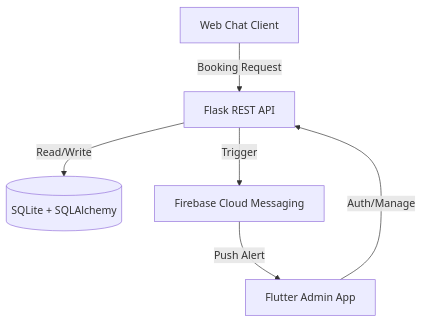
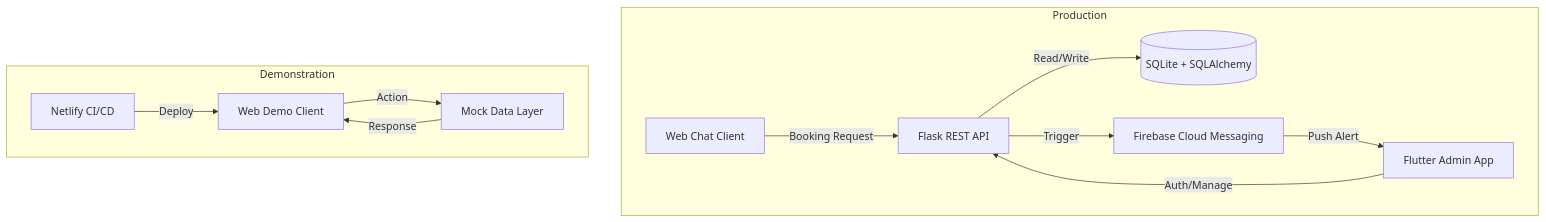
One commit to WildDuck-exe/klipperTesteWeb changed the diagram in .planning/codebase/ARCHITECTURE.md. Above: the diagram before and after it, drawn with Mermaid. The commit also changed other lines of this file and 28 other files, not shown here.

Commit message:
docs: codebase mapping refresh and sync web-demo fixes

````diff
--- a/.planning/codebase/ARCHITECTURE.md
+++ b/.planning/codebase/ARCHITECTURE.md
@@ -43,8 +52,16 @@
 ```mermaid
 graph TD
-    Client[Web Chat Client] -- Booking Request --> API[Flask REST API]
-    Admin[Flutter Admin App] -- Auth/Manage --> API
-    API -- Read/Write --> DB[(SQLite + SQLAlchemy)]
-    API -- Trigger --> Firebase[Firebase Cloud Messaging]
-    Firebase -- Push Alert --> Admin
+    subgraph Production
+        Client[Web Chat Client] -- Booking Request --> API[Flask REST API]
+        Admin[Flutter Admin App] -- Auth/Manage --> API
+        API -- Read/Write --> DB[(SQLite + SQLAlchemy)]
+        API -- Trigger --> Firebase[Firebase Cloud Messaging]
+        Firebase -- Push Alert --> Admin
+    end
+
+    subgraph Demonstration
+        WebDemo[Web Demo Client] -- Action --> Mock[Mock Data Layer]
+        Mock -- Response --> WebDemo
+        Netlify[Netlify CI/CD] -- Deploy --> WebDemo
+    end
 ```
````
